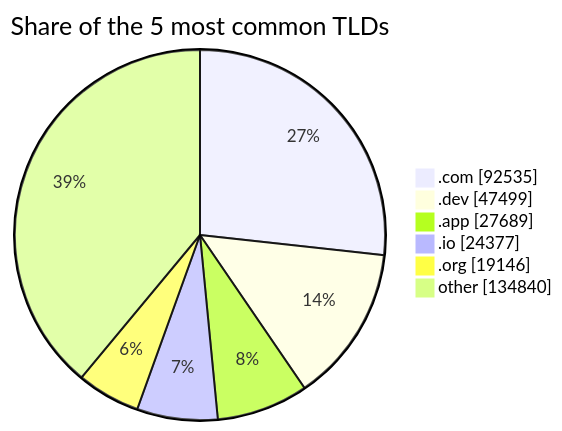
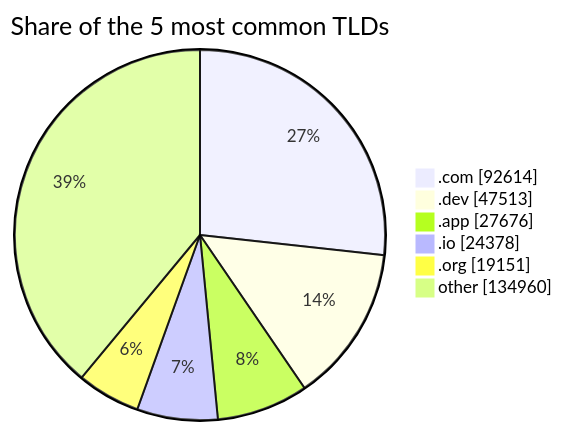
One commit to DNSBunker/CTI changed the third of 3 diagrams in README.md. Above: the diagram before and after it, drawn with Mermaid. The commit also changed other lines of this file and 3 other files, not shown here.

````diff
--- a/README.md
+++ b/README.md
@@ -81,9 +81,9 @@
 ```mermaid
 pie showData title Share of the 5 most common TLDs
-    ".com" : 92535
-    ".dev" : 47499
-    ".app" : 27689
-    ".io" : 24377
-    ".org" : 19146
-    "other" : 134840
+    ".com" : 92614
+    ".dev" : 47513
+    ".app" : 27676
+    ".io" : 24378
+    ".org" : 19151
+    "other" : 134960
 ```
````
